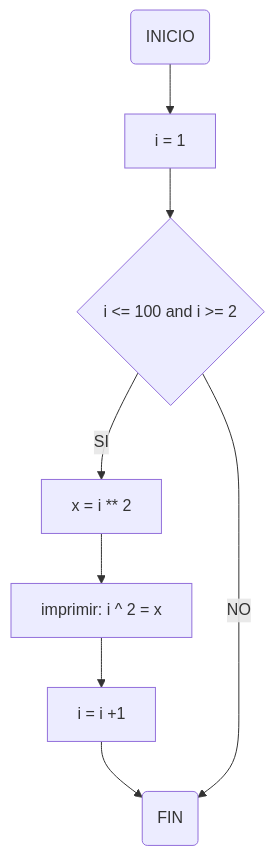
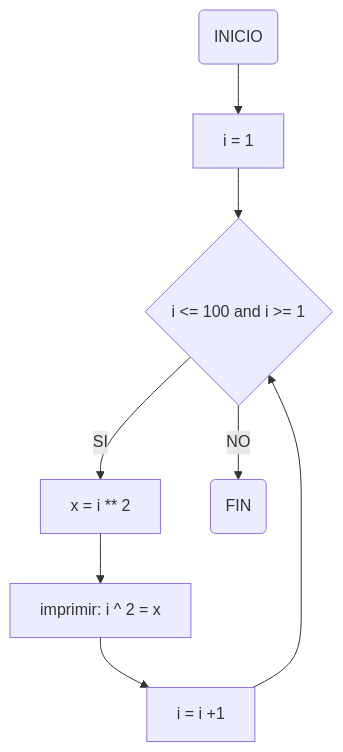
One commit to abellol/reto_7_pdc changed the first of 3 diagrams in README.md. Above: the diagram before and after it, drawn with Mermaid. The commit also changed other lines of this file, not shown here.

````diff
--- a/README.md
+++ b/README.md
@@ -2,14 +21,14 @@
 ```mermaid
 flowchart TD
 A(INICIO)
 B[i = 1]
-C{i <= 100 and i >= 2}
+C{i <= 100 and i >= 1}
 D[x = i ** 2]
 E[imprimir: i ^ 2 = x]
 F[i = i +1]
 G(FIN)
 A --> B
 B --> C
-C --> |SI| D --> E --> F --> G
+C --> |SI| D --> E --> F --> C
 C --> |NO| G
 ```
````
